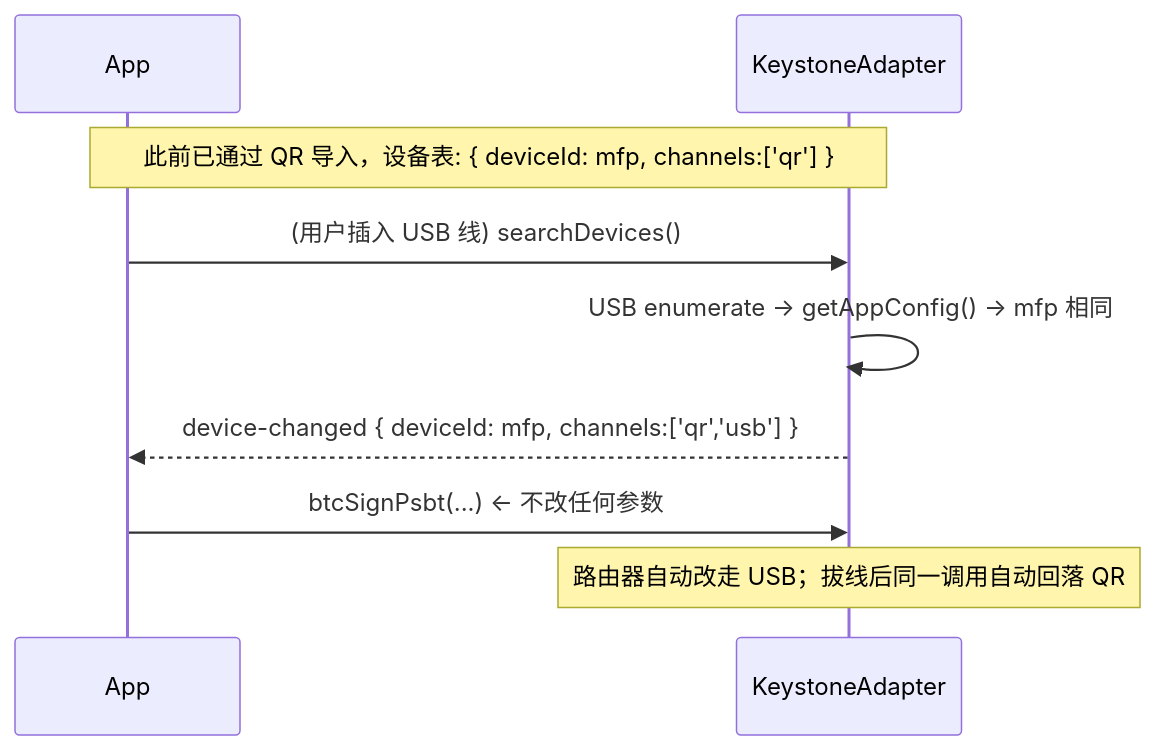
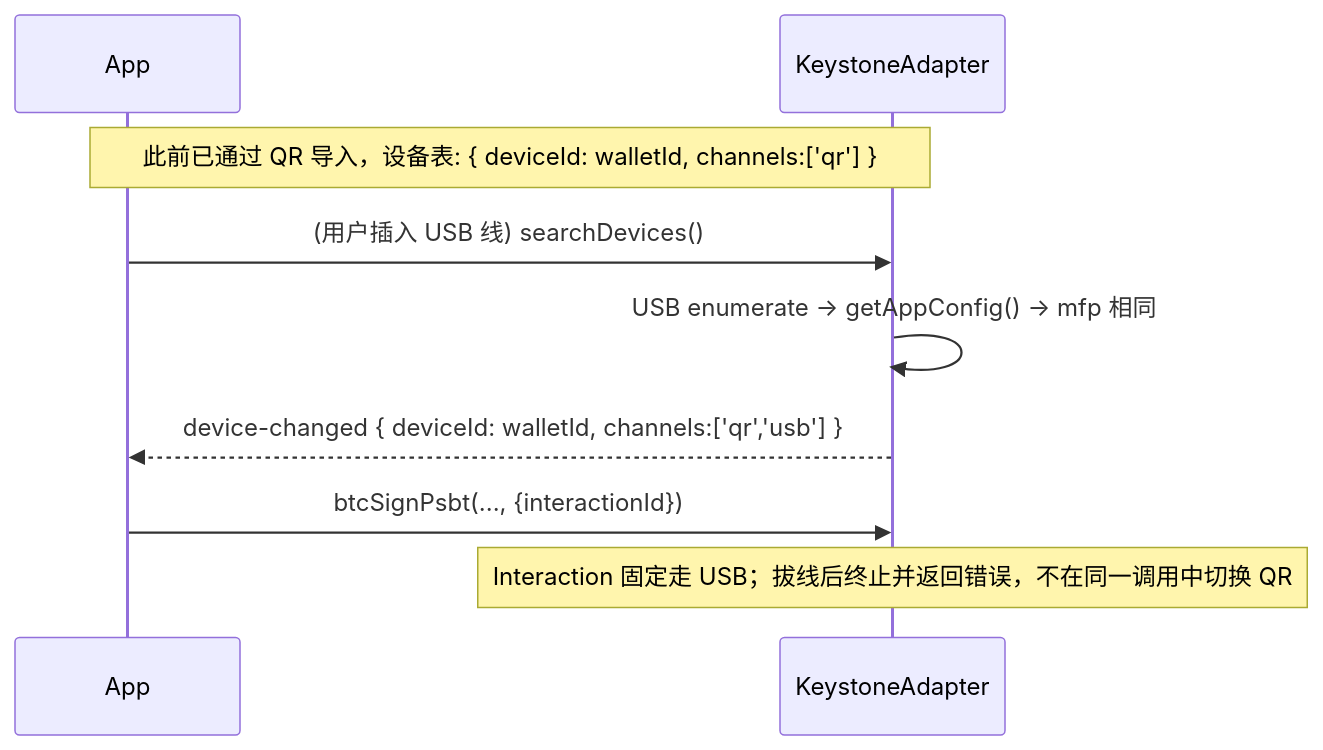
The fifth of 5 diagrams in docs/design/keystone-integration/README.md (OneKeyHQ/hardware-js-sdk), drawn with Mermaid before and after one commit. The commit also changed other lines of this file and 69 other files, not shown here.

First line of the commit message:
feat(hwk): interaction registry, runtime ids, keystone usb connector, ledger/trezor sync

````diff
--- a/docs/design/keystone-integration/README.md
+++ b/docs/design/keystone-integration/README.md
@@ -369,12 +388,12 @@
 ```mermaid
 sequenceDiagram
   participant App
   participant KA as KeystoneAdapter
 
-  Note over App,KA: 此前已通过 QR 导入，设备表: { deviceId: mfp, channels:['qr'] }
+  Note over App,KA: 此前已通过 QR 导入，设备表: { deviceId: walletId, channels:['qr'] }
   App->>KA: (用户插入 USB 线) searchDevices()
   KA->>KA: USB enumerate → getAppConfig() → mfp 相同
-  KA-->>App: device-changed { deviceId: mfp, channels:['qr','usb'] }
-  App->>KA: btcSignPsbt(...)  ← 不改任何参数
-  Note over KA: 路由器自动改走 USB；拔线后同一调用自动回落 QR
+  KA-->>App: device-changed { deviceId: walletId, channels:['qr','usb'] }
+  App->>KA: btcSignPsbt(..., {interactionId})
+  Note over KA: Interaction 固定走 USB；拔线后终止并返回错误，不在同一调用中切换 QR
 ```
````
